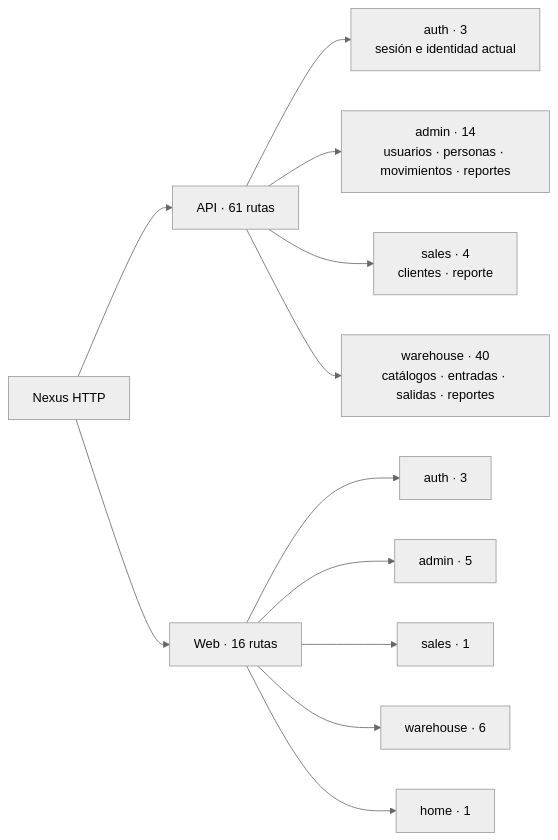
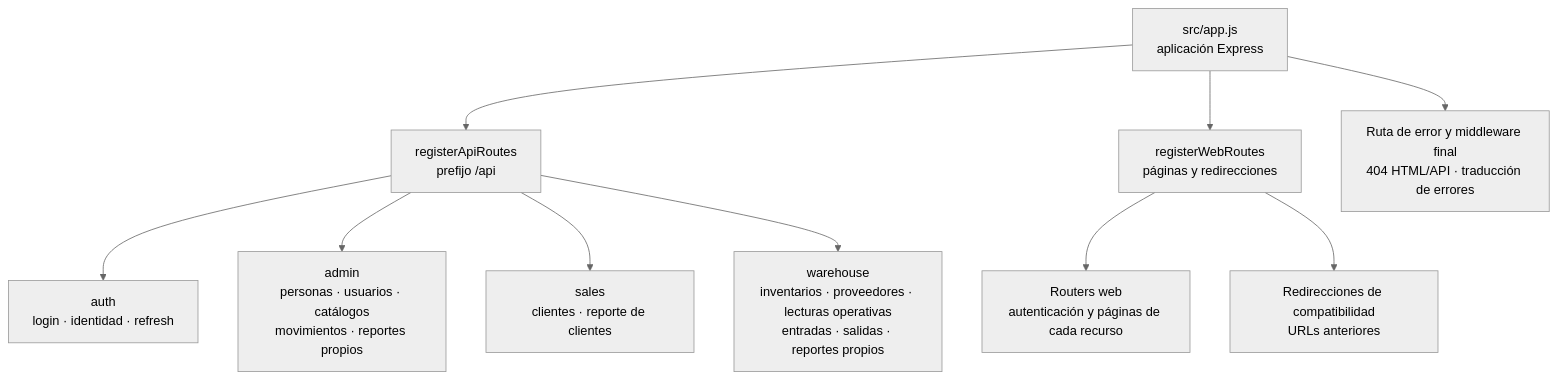
One commit to gpgsistemas01/nexus changed the diagram in docs/architecture/views/development/code-diagrams/03-view-structural-surface-http-registered.md. Above: the diagram before and after it, drawn with Mermaid (neutral theme). The commit also changed other lines of this file and 27 other files, not shown here.

````diff
--- a/docs/architecture/views/development/code-diagrams/03-view-structural-surface-http-registered.md
+++ b/docs/architecture/views/development/code-diagrams/03-view-structural-surface-http-registered.md
@@ -7,20 +12,12 @@
 ```mermaid
-flowchart LR
-    nexus["Nexus HTTP"]
-    api["API · 61 rutas"]
-    web["Web · 16 rutas"]
-
-    nexus --> api
-    nexus --> web
-
-    api --> apiAuth["auth · 3<br/>sesión e identidad actual"]
-    api --> apiAdmin["admin · 14<br/>usuarios · personas · movimientos · reportes"]
-    api --> apiSales["sales · 4<br/>clientes · reporte"]
-    api --> apiWarehouse["warehouse · 40<br/>catálogos · entradas · salidas · reportes"]
-
-    web --> webAuth["auth · 3"]
-    web --> webAdmin["admin · 5"]
-    web --> webSales["sales · 1"]
-    web --> webWarehouse["warehouse · 6"]
-    web --> webHome["home · 1"]
+flowchart TB
+    app["src/app.js<br/>aplicación Express"] --> api["registerApiRoutes<br/>prefijo /api"]
+    app --> web["registerWebRoutes<br/>páginas y redirecciones"]
+    api --> auth["auth<br/>login · identidad · refresh"]
+    api --> admin["admin<br/>personas · usuarios · catálogos<br/>movimientos · reportes propios"]
+    api --> sales["sales<br/>clientes · reporte de clientes"]
+    api --> warehouse["warehouse<br/>inventarios · proveedores · lecturas operativas<br/>entradas · salidas · reportes propios"]
+    web --> pages["Routers web<br/>autenticación y páginas de cada recurso"]
+    web --> redirects["Redirecciones de compatibilidad<br/>URLs anteriores"]
+    app --> fallback["Ruta de error y middleware final<br/>404 HTML/API · traducción de errores"]
 ```
````
